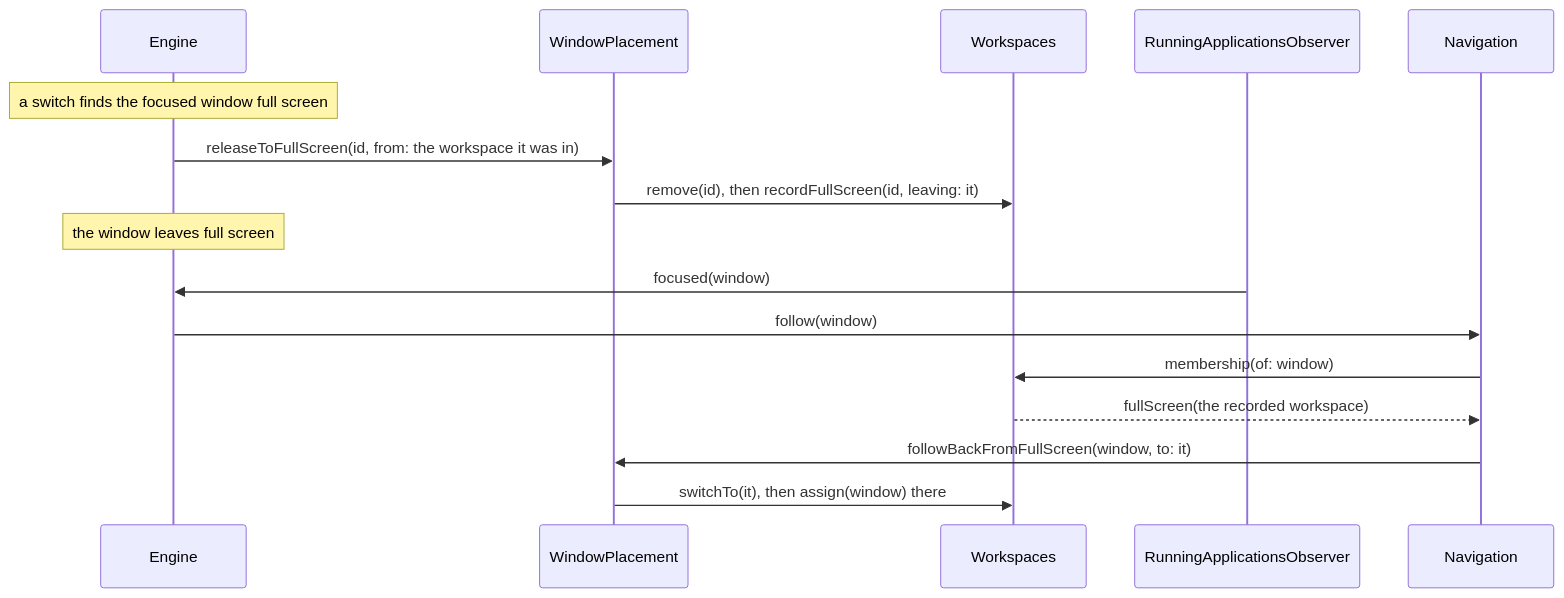
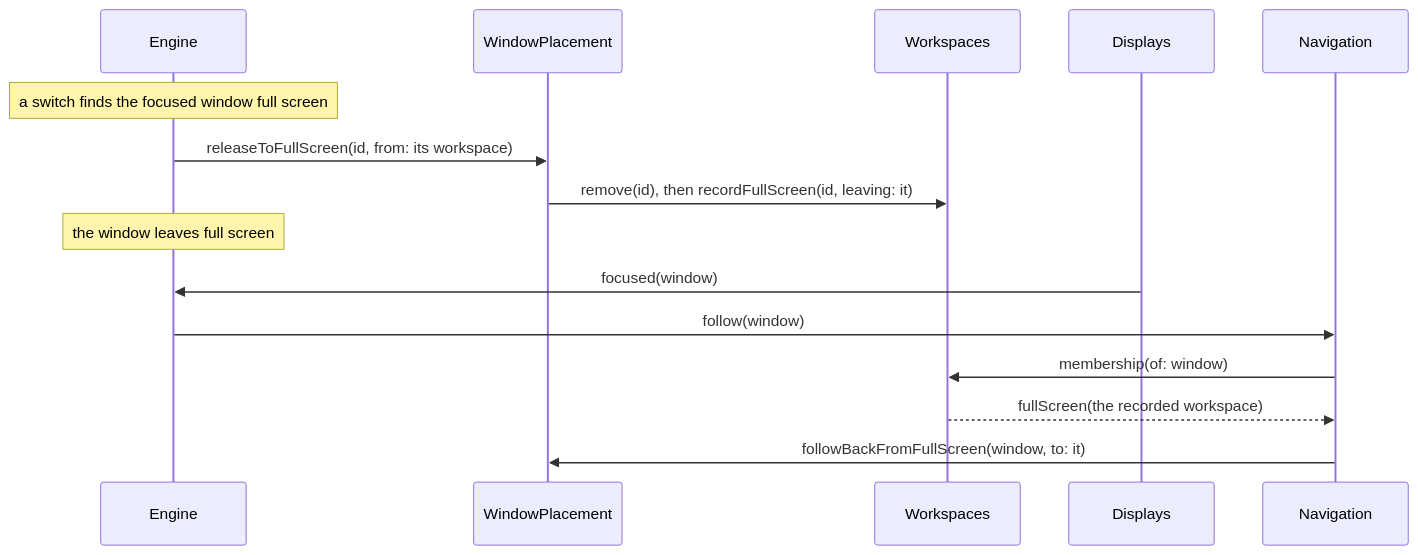
Before and after one commit to brennovich/ottowm: diagram 19 of 25 in ARCHITECTURE.md, drawn with Mermaid. The commit also changed other lines of this file and 71 other files, not shown here.

````diff
--- a/ARCHITECTURE.md
+++ b/ARCHITECTURE.md
@@ -389,13 +454,12 @@
 ```mermaid
 sequenceDiagram
     Note over Engine: a switch finds the focused window full screen
-    Engine->>WindowPlacement: releaseToFullScreen(id, from: the workspace it was in)
+    Engine->>WindowPlacement: releaseToFullScreen(id, from: its workspace)
     WindowPlacement->>Workspaces: remove(id), then recordFullScreen(id, leaving: it)
     Note over Engine: the window leaves full screen
-    RunningApplicationsObserver->>Engine: focused(window)
+    Displays->>Engine: focused(window)
     Engine->>Navigation: follow(window)
     Navigation->>Workspaces: membership(of: window)
     Workspaces-->>Navigation: fullScreen(the recorded workspace)
     Navigation->>WindowPlacement: followBackFromFullScreen(window, to: it)
-    WindowPlacement->>Workspaces: switchTo(it), then assign(window) there
 ```
````
